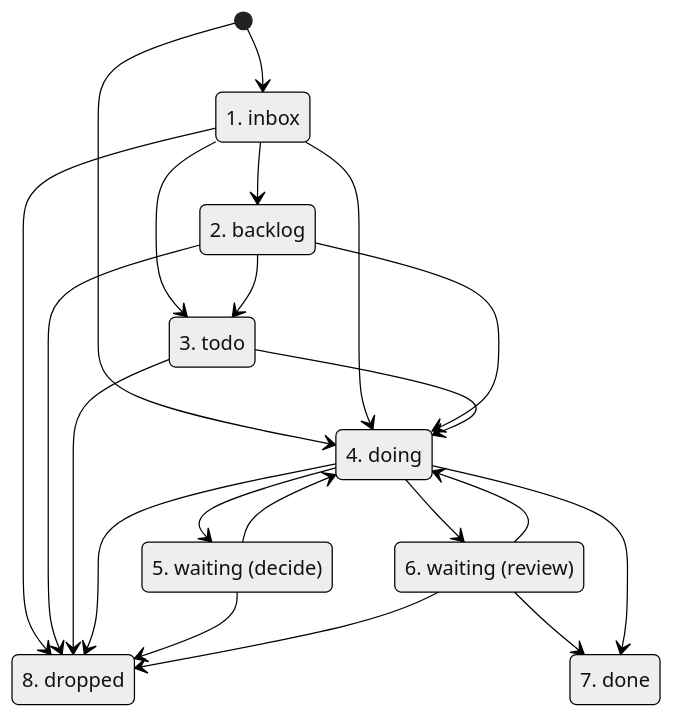
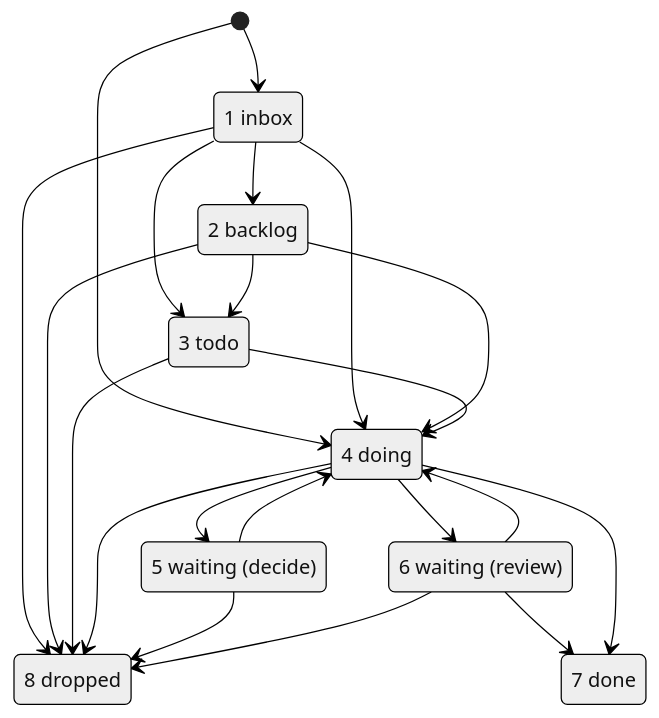
One commit to GanniPiece/tarokaja changed the diagram in PROTOCOL.md. Above: the diagram before and after it, drawn with Mermaid (neutral theme). The commit also changed other lines of this file and 1 other file, not shown here.

Commit message:
Fix the README diagram on GitHub and trim the change log
GitHub's Mermaid reads "1. " at the start of a label as a Markdown
list, which it cannot render, so the concept diagram failed. Write the
step number without the dot, in both diagrams.

Before the first release, the version tables need one row only.

````diff
--- a/PROTOCOL.md
+++ b/PROTOCOL.md
@@ -155,32 +153,32 @@
 ```mermaid
 stateDiagram-v2
-  s1: 1. inbox
-  s2: 2. backlog
-  s3: 3. todo
-  s4: 4. doing
-  s5: 5. waiting (decide)
-  s6: 6. waiting (review)
-  s7: 7. done
-  s8: 8. dropped
+  s1: 1 inbox
+  s2: 2 backlog
+  s3: 3 todo
+  s4: 4 doing
+  s5: 5 waiting (decide)
+  s6: 6 waiting (review)
+  s7: 7 done
+  s8: 8 dropped
 
   [*] --> s1
   [*] --> s4
   s1 --> s2
   s1 --> s3
   s1 --> s4
   s2 --> s3
   s2 --> s4
   s3 --> s4
   s4 --> s5
   s4 --> s6
   s5 --> s4
   s6 --> s4
   s6 --> s7
   s4 --> s7
   s1 --> s8
   s2 --> s8
   s3 --> s8
   s4 --> s8
   s5 --> s8
   s6 --> s8
 ```
````
